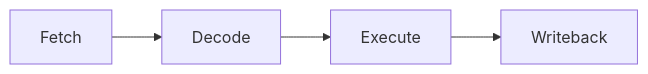
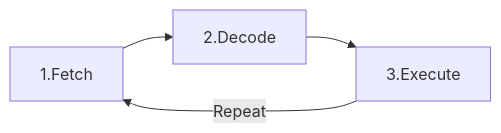
One commit to qaws7791/document changed the diagram in spaces/computer-science/computer-system/cpu.md. Above: the diagram before and after it, drawn with Mermaid. The commit also changed other lines of this file and 2 other files, not shown here.

````diff
--- a/spaces/computer-science/computer-system/cpu.md
+++ b/spaces/computer-science/computer-system/cpu.md
@@ -67,4 +160,4 @@
 ```mermaid
 graph LR
-  Fetch --> Decode --> Execute --> Writeback
+  1.Fetch --> 2.Decode --> 3.Execute -- Repeat--> 1.Fetch
 ```
````
